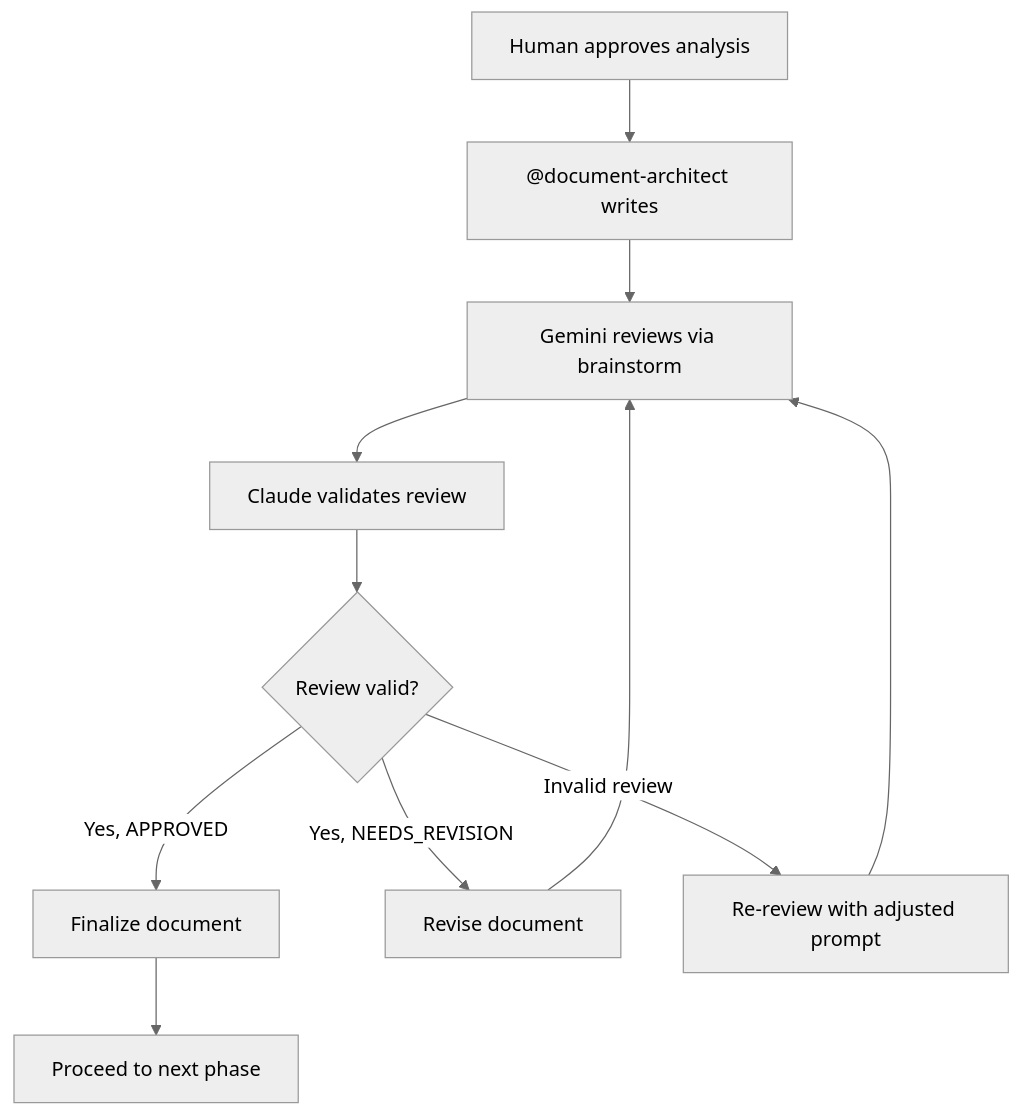
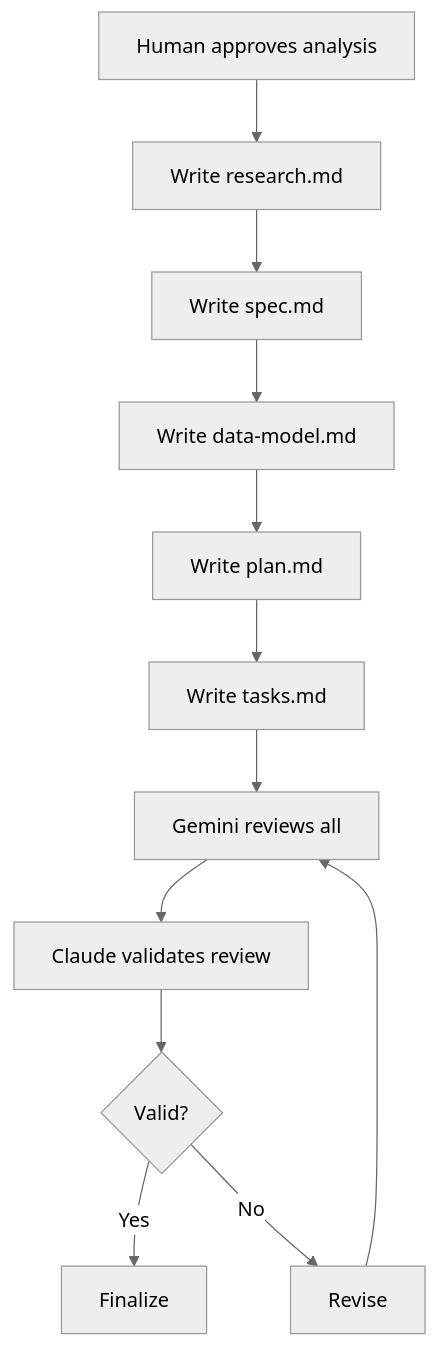
One commit to ksterx/claude-code-configs changed the diagram in agents/document-architect.md. Above: the diagram before and after it, drawn with Mermaid (neutral theme). The commit also changed other lines of this file and 1 other file, not shown here.

````diff
--- a/agents/document-architect.md
+++ b/agents/document-architect.md
@@ -23,13 +250,14 @@
 ```mermaid
 graph TD
-    A["Human approves analysis"] --> B["@document-architect writes"]
-    B --> C["Gemini reviews via brainstorm"]
-    C --> D["Claude validates review"]
-    D --> E{Review valid?}
-    E -->|Yes, APPROVED| F["Finalize document"]
-    E -->|Yes, NEEDS_REVISION| G["Revise document"]
-    E -->|Invalid review| H["Re-review with adjusted prompt"]
-    G --> C
-    H --> C
-    F --> I["Proceed to next phase"]
+    A["Human approves analysis"] --> B["Write research.md"]
+    B --> C["Write spec.md"]
+    C --> D["Write data-model.md"]
+    D --> E["Write plan.md"]
+    E --> F["Write tasks.md"]
+    F --> G["Gemini reviews all"]
+    G --> H["Claude validates review"]
+    H --> I{Valid?}
+    I -->|Yes| J["Finalize"]
+    I -->|No| K["Revise"]
+    K --> G
 ```
````
